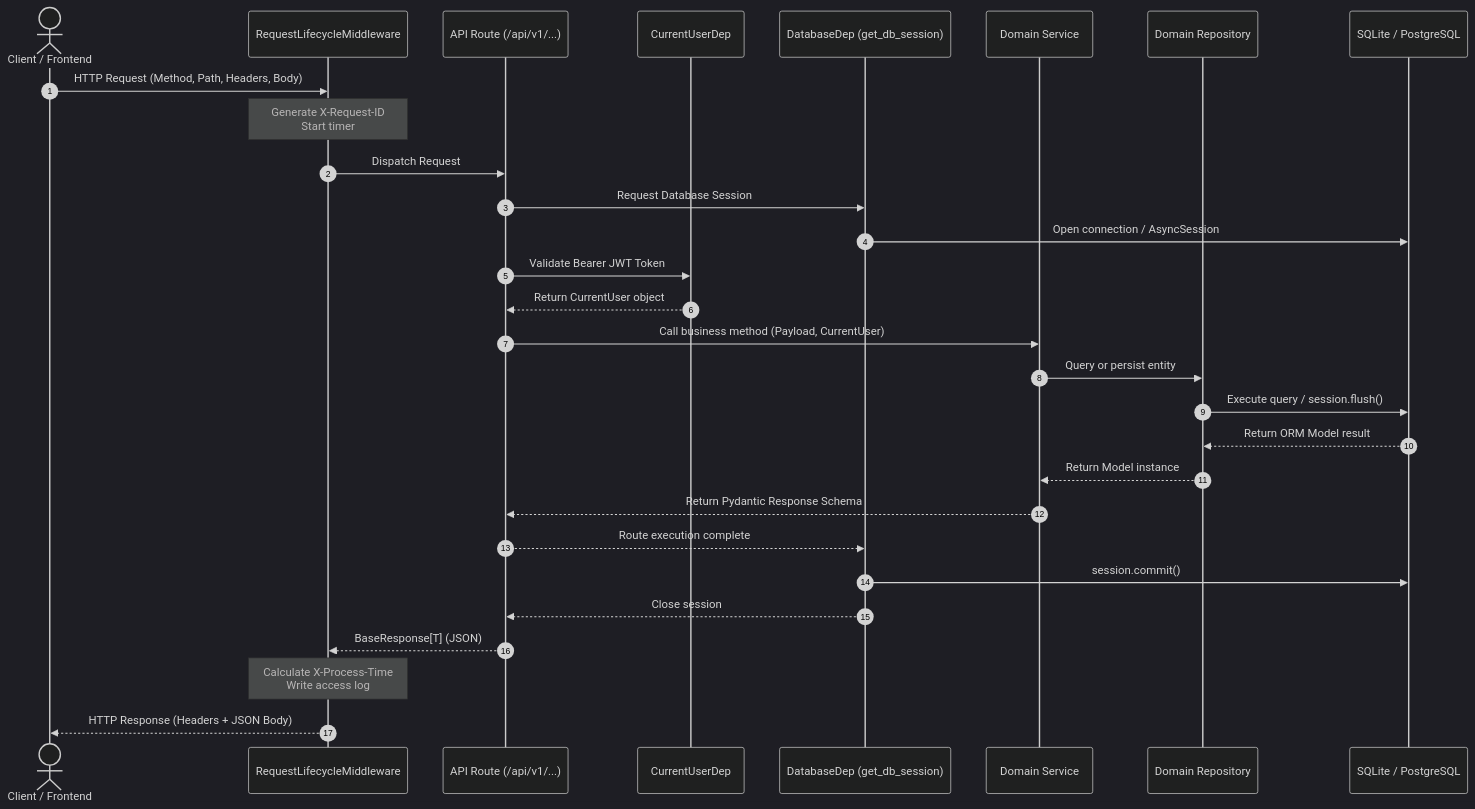
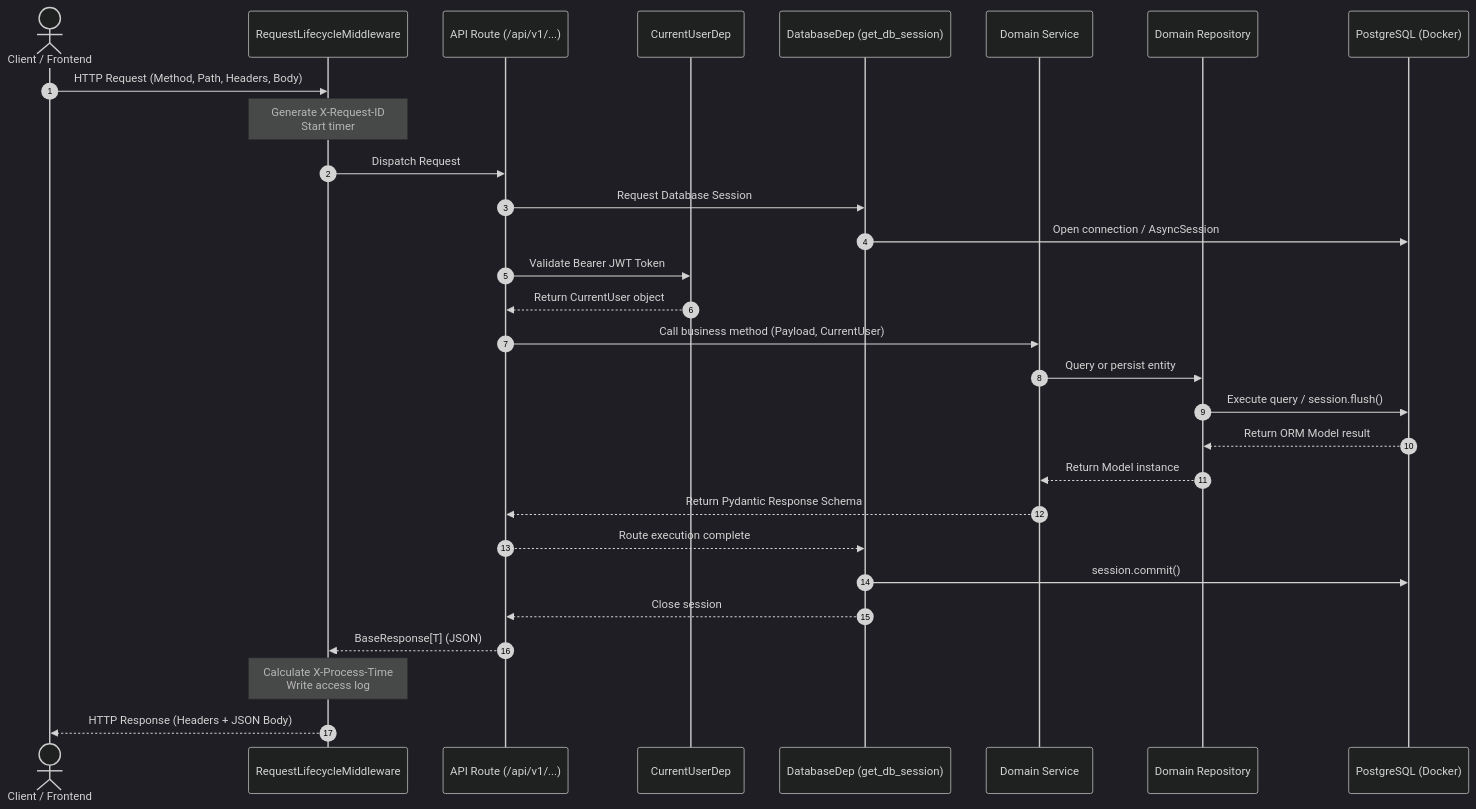
Before and after one commit to HoangNTL/huce-kms: the second of 4 diagrams in docs/architecture/backend-architecture.md, drawn with Mermaid (dark theme). The commit also changed other lines of this file and 22 other files, not shown here.

````diff
--- a/docs/architecture/backend-architecture.md
+++ b/docs/architecture/backend-architecture.md
@@ -197,32 +200,32 @@
 ```mermaid
 sequenceDiagram
     autonumber
     actor Client as Client / Frontend
     participant MW as RequestLifecycleMiddleware
     participant Router as API Route (/api/v1/...)
     participant AuthDep as CurrentUserDep
     participant DBDep as DatabaseDep (get_db_session)
     participant Service as Domain Service
     participant Repo as Domain Repository
-    participant DB as SQLite / PostgreSQL
+    participant DB as PostgreSQL (Docker)
 
     Client->>MW: HTTP Request (Method, Path, Headers, Body)
     Note over MW: Generate X-Request-ID<br/>Start timer
     MW->>Router: Dispatch Request
     Router->>DBDep: Request Database Session
     DBDep->>DB: Open connection / AsyncSession
     Router->>AuthDep: Validate Bearer JWT Token
     AuthDep-->>Router: Return CurrentUser object
     Router->>Service: Call business method (Payload, CurrentUser)
     Service->>Repo: Query or persist entity
     Repo->>DB: Execute query / session.flush()
     DB-->>Repo: Return ORM Model result
     Repo-->>Service: Return Model instance
     Service-->>Router: Return Pydantic Response Schema
     Router-->>DBDep: Route execution complete
     DBDep->>DB: session.commit()
     DBDep-->>Router: Close session
     Router-->>MW: BaseResponse[T] (JSON)
     Note over MW: Calculate X-Process-Time<br/>Write access log
     MW-->>Client: HTTP Response (Headers + JSON Body)
 ```
````
